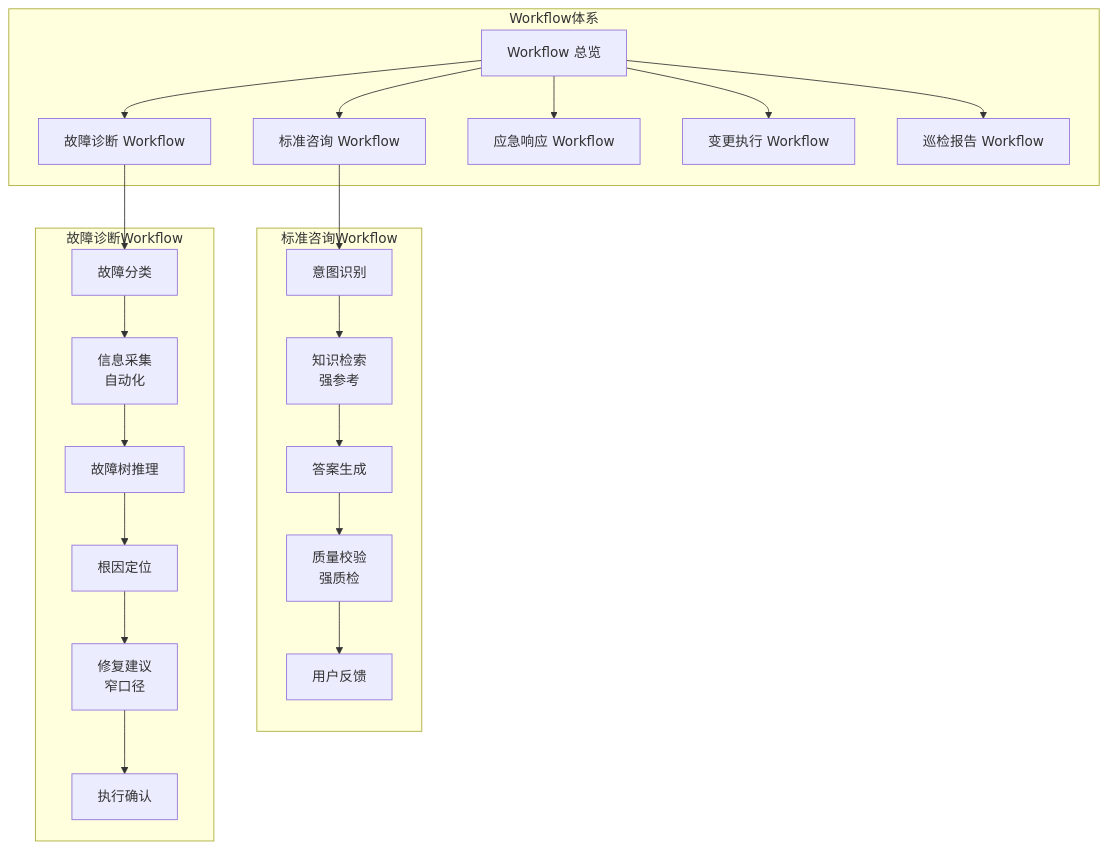
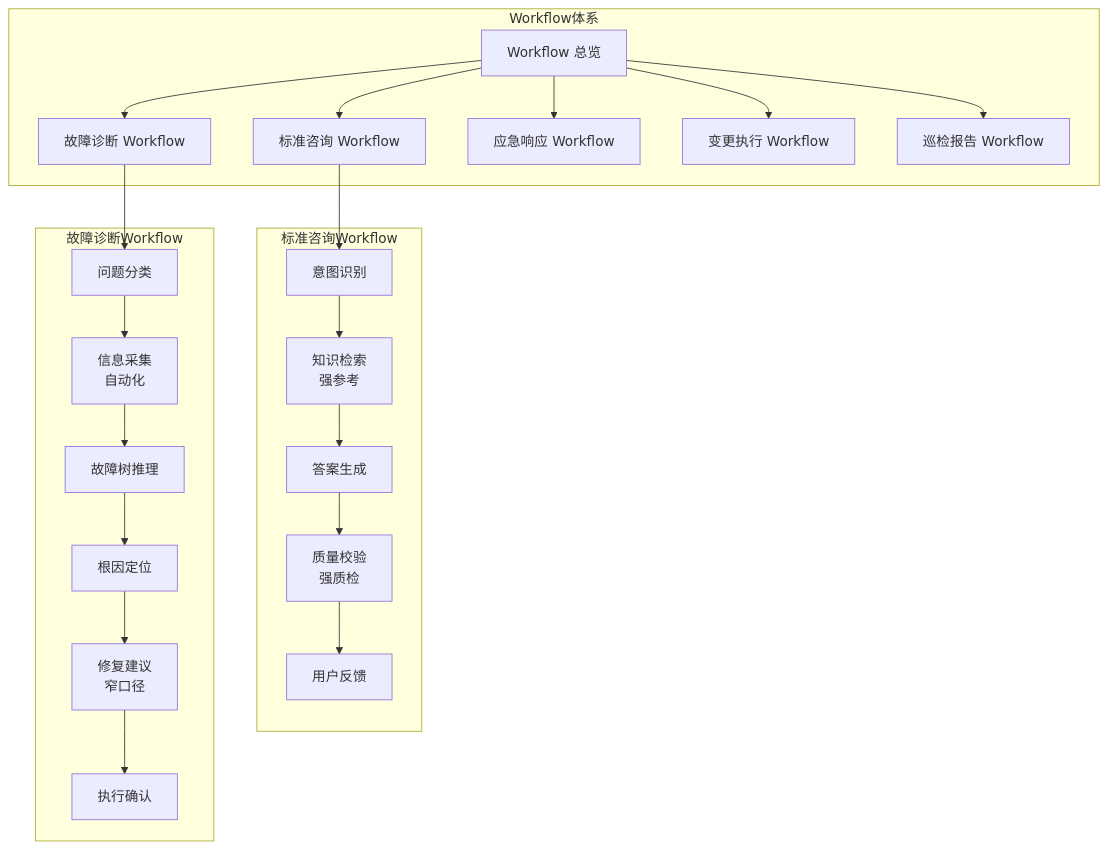
Before and after one commit to kudig-io/kudig-database: the seventh of 21 diagrams in domain-14-ai-ml-infra/topic-ai-agent/13-trusted-agent-system-fiscal-plan.md, drawn with Mermaid. The commit also changed other lines of this file and 1236 other files, not shown here.

````diff
--- a/domain-14-ai-ml-infra/topic-ai-agent/13-trusted-agent-system-fiscal-plan.md
+++ b/domain-14-ai-ml-infra/topic-ai-agent/13-trusted-agent-system-fiscal-plan.md
@@ -365,23 +365,23 @@
 ```mermaid
 graph TB
     subgraph Workflow体系
         WF[Workflow 总览]
         WF --> WF1[标准咨询 Workflow]
         WF --> WF2[故障诊断 Workflow]
         WF --> WF3[应急响应 Workflow]
         WF --> WF4[变更执行 Workflow]
         WF --> WF5[巡检报告 Workflow]
     end
 
     subgraph 标准咨询Workflow
         WF1 --> C1[意图识别] --> C2[知识检索<br/>强参考]
         C2 --> C3[答案生成] --> C4[质量校验<br/>强质检]
         C4 --> C5[用户反馈]
     end
 
     subgraph 故障诊断Workflow
-        WF2 --> F1[故障分类] --> F2[信息采集<br/>自动化]
+        WF2 --> F1[问题分类] --> F2[信息采集<br/>自动化]
         F2 --> F3[故障树推理] --> F4[根因定位]
         F4 --> F5[修复建议<br/>窄口径] --> F6[执行确认]
     end
 ```
````
